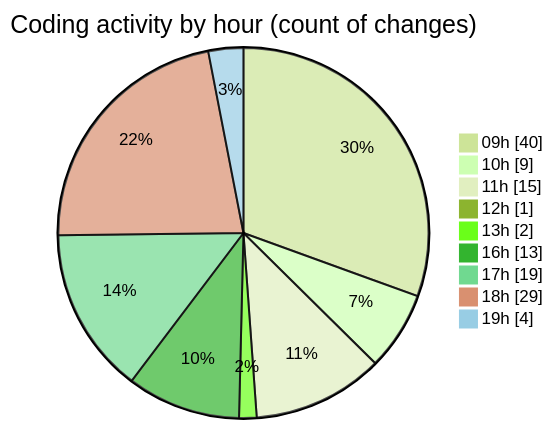
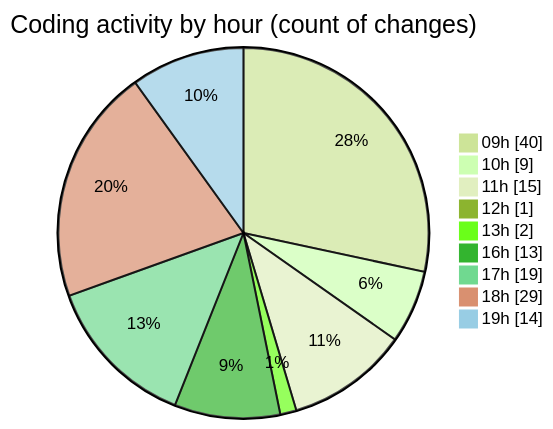
One commit to momahboobian/code-tracking changed the second of 2 diagrams in 2026-06-15/cda/README.md. Above: the diagram before and after it, drawn with Mermaid (forest theme). The commit also changed other lines of this file and 1 other file, not shown here.

````diff
--- a/2026-06-15/cda/README.md
+++ b/2026-06-15/cda/README.md
@@ -79,13 +81,13 @@
 ```mermaid
 pie showData
 title Coding activity by hour (count of changes)
 "09h" : 40
 "10h" : 9
 "11h" : 15
 "12h" : 1
 "13h" : 2
 "16h" : 13
 "17h" : 19
 "18h" : 29
-"19h" : 4
+"19h" : 14
 ```
````
